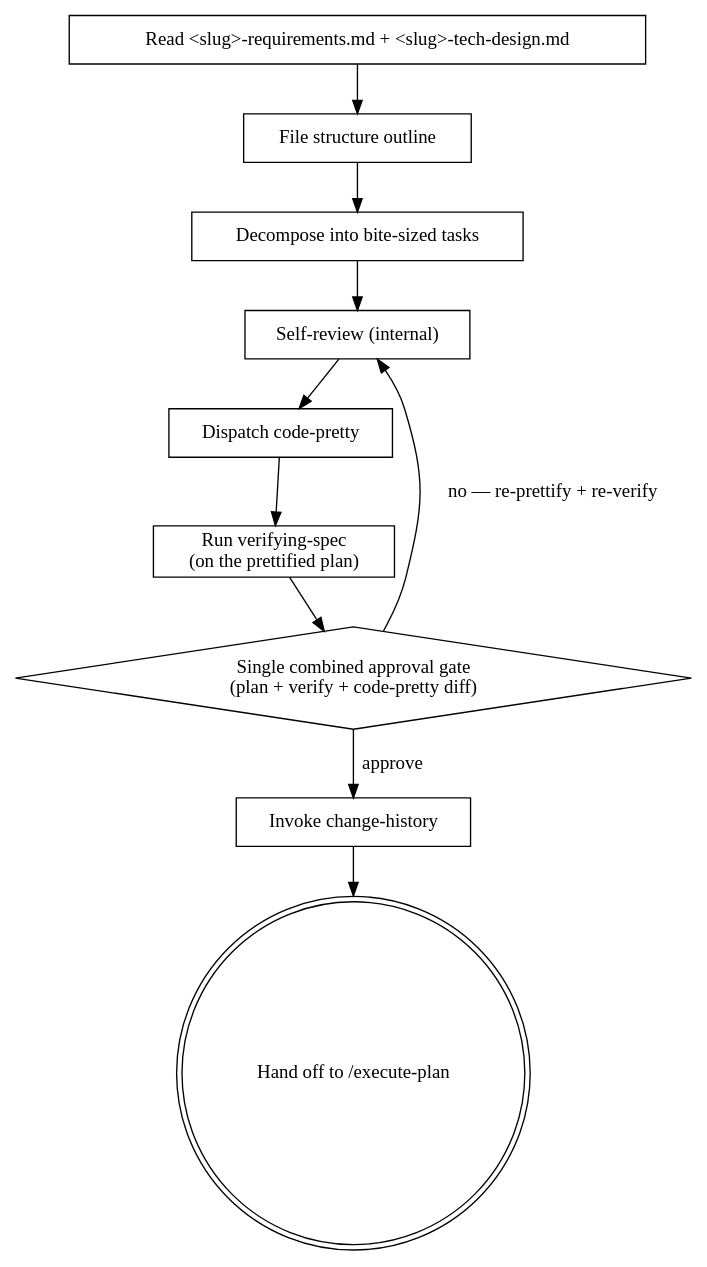
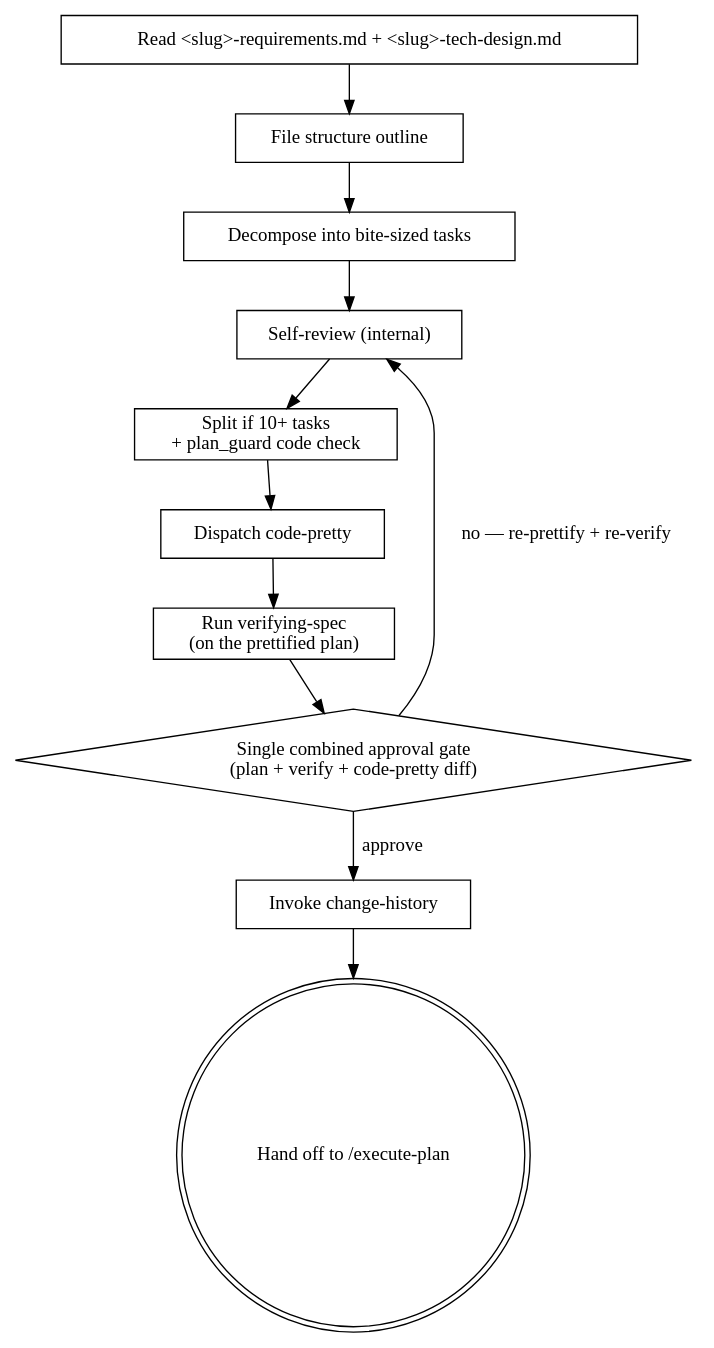
Before and after one commit to LonerStayle/js-super: the diagram in skills/writing-plans/SKILL.md, drawn with Graphviz. The commit also changed other lines of this file and 11 other files, not shown here.

````diff
--- a/skills/writing-plans/SKILL.md
+++ b/skills/writing-plans/SKILL.md
@@ -316,23 +316,25 @@
 ```dot
 digraph plan_flow {
     "Read <slug>-requirements.md + <slug>-tech-design.md" [shape=box];
     "File structure outline" [shape=box];
     "Decompose into bite-sized tasks" [shape=box];
     "Self-review (internal)" [shape=box];
+    "Split if 10+ tasks\n+ plan_guard code check" [shape=box];
     "Dispatch code-pretty" [shape=box];
     "Run verifying-spec\n(on the prettified plan)" [shape=box];
     "Single combined approval gate\n(plan + verify + code-pretty diff)" [shape=diamond];
     "Invoke change-history" [shape=box];
     "Hand off to /execute-plan" [shape=doublecircle];
 
     "Read <slug>-requirements.md + <slug>-tech-design.md" -> "File structure outline";
     "File structure outline" -> "Decompose into bite-sized tasks";
     "Decompose into bite-sized tasks" -> "Self-review (internal)";
-    "Self-review (internal)" -> "Dispatch code-pretty";
+    "Self-review (internal)" -> "Split if 10+ tasks\n+ plan_guard code check";
+    "Split if 10+ tasks\n+ plan_guard code check" -> "Dispatch code-pretty";
     "Dispatch code-pretty" -> "Run verifying-spec\n(on the prettified plan)";
     "Run verifying-spec\n(on the prettified plan)" -> "Single combined approval gate\n(plan + verify + code-pretty diff)";
     "Single combined approval gate\n(plan + verify + code-pretty diff)" -> "Self-review (internal)" [label="no — re-prettify + re-verify"];
     "Single combined approval gate\n(plan + verify + code-pretty diff)" -> "Invoke change-history" [label="approve"];
     "Invoke change-history" -> "Hand off to /execute-plan";
 }
 ```
````
